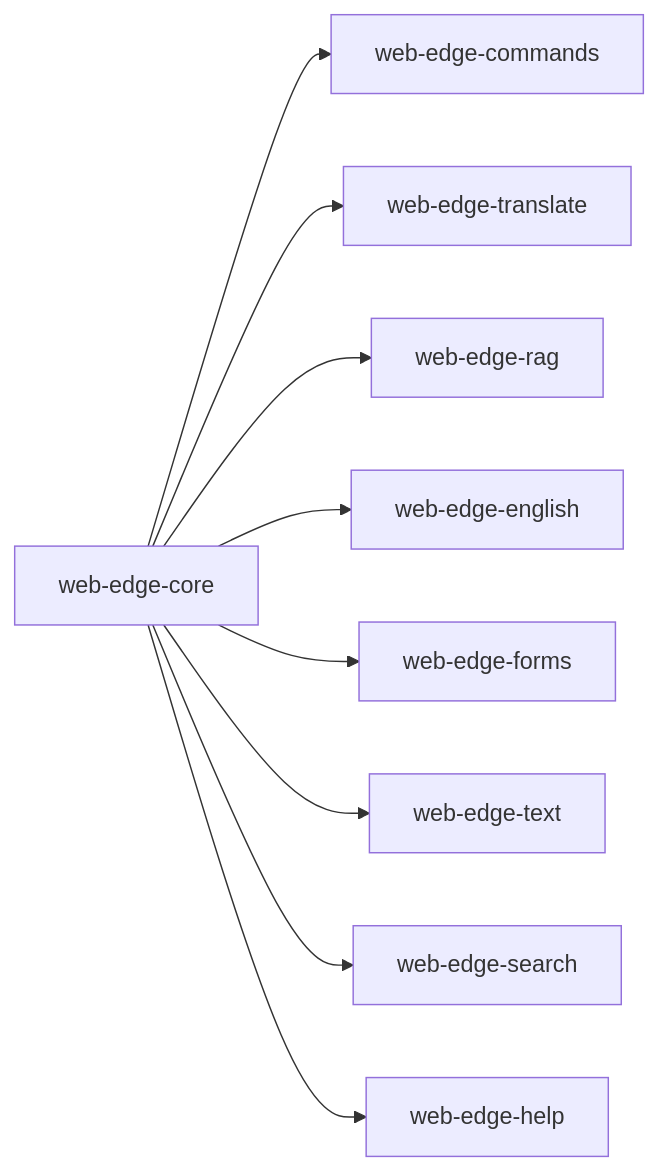
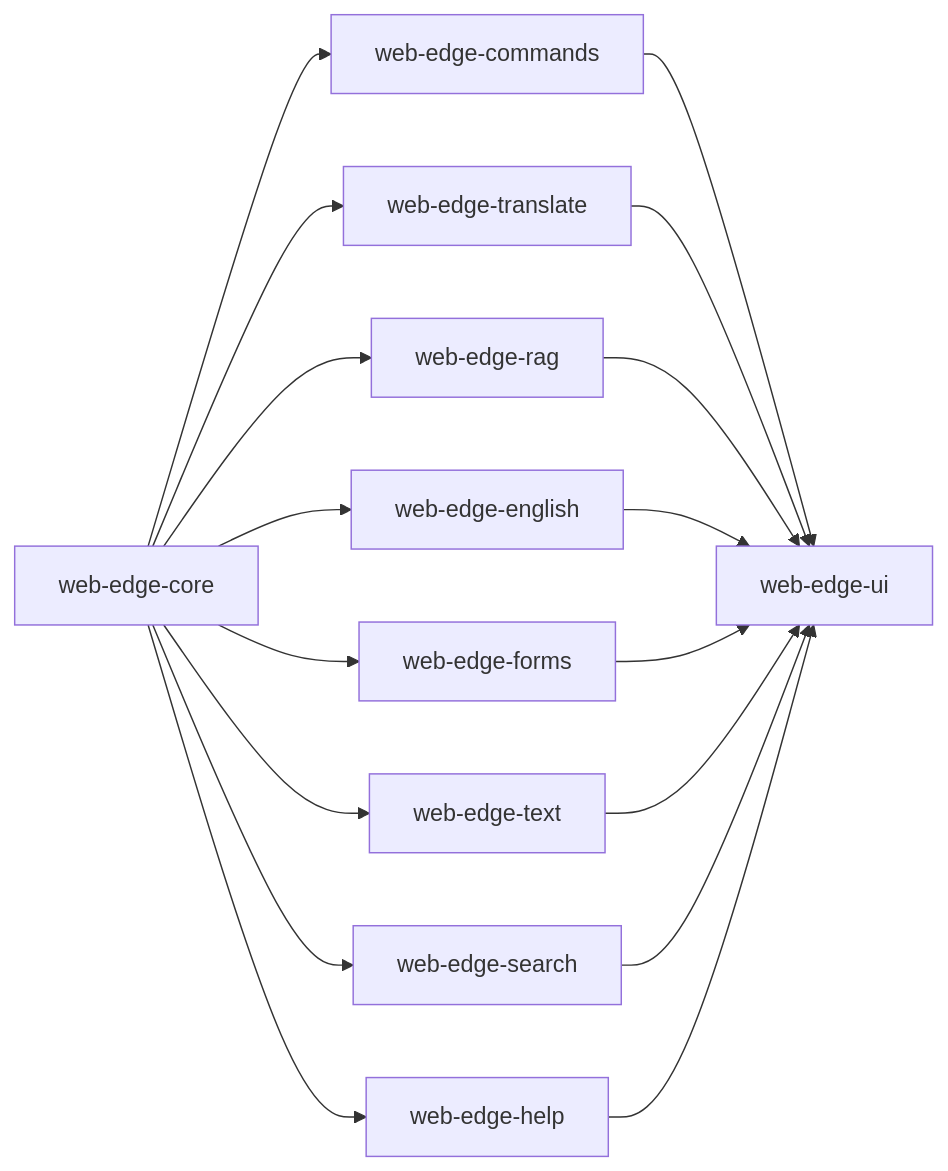
One commit to 99x/optimaxer-web changed the diagram in docs/architecture.md. Above: the diagram before and after it, drawn with Mermaid. The commit also changed other lines of this file, not shown here.

Commit message:
improved the architecture with ability to load server models,  UI library etc.

````diff
--- a/docs/architecture.md
+++ b/docs/architecture.md
@@ -9,11 +9,19 @@
 ```mermaid
 graph LR;
     web-edge-core --> web-edge-commands;
     web-edge-core --> web-edge-translate;
     web-edge-core --> web-edge-rag;
     web-edge-core --> web-edge-english;
     web-edge-core --> web-edge-forms;
     web-edge-core --> web-edge-text;
     web-edge-core --> web-edge-search;
     web-edge-core --> web-edge-help;
+    web-edge-commands --> web-edge-ui;
+    web-edge-translate --> web-edge-ui;
+    web-edge-rag --> web-edge-ui;
+    web-edge-english --> web-edge-ui;
+    web-edge-forms --> web-edge-ui;
+    web-edge-text --> web-edge-ui;
+    web-edge-search --> web-edge-ui;
+    web-edge-help --> web-edge-ui;
 ```
````
